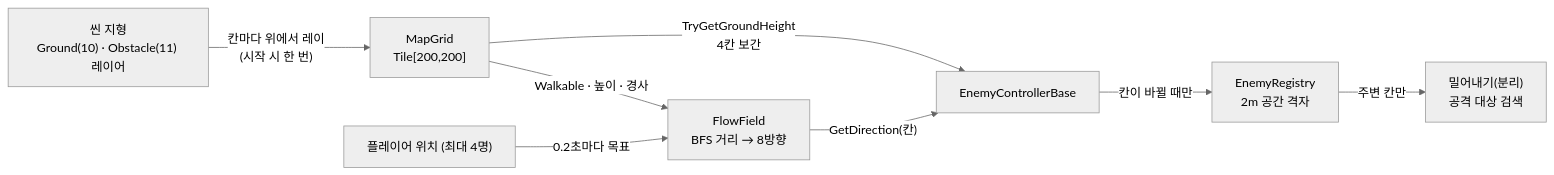
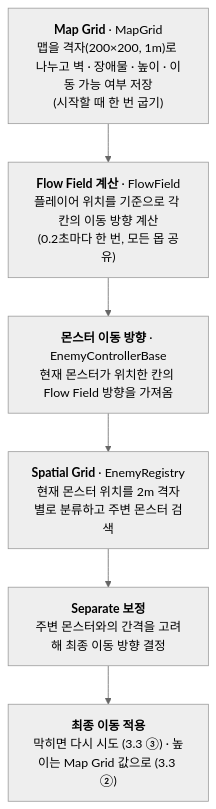
Before and after one commit to NaJungWon/portfolio: the third of 6 diagrams in src/06-project3d/기술문서.md, drawn with Mermaid (neutral theme). The commit also changed other lines of this file and 3 other files, not shown here.

````diff
--- a/src/06-project3d/기술문서.md
+++ b/src/06-project3d/기술문서.md
@@ -235,10 +237,10 @@
 ```mermaid
-flowchart LR
-    MAP["씬 지형<br/>Ground(10) · Obstacle(11) 레이어"] -->|"칸마다 위에서 레이<br/>(시작 시 한 번)"| MG["MapGrid<br/>Tile[200,200]"]
-    MG -->|"Walkable · 높이 · 경사"| FF["FlowField<br/>BFS 거리 → 8방향"]
-    P["플레이어 위치 (최대 4명)"] -->|"0.2초마다 목표"| FF
-    FF -->|"GetDirection(칸)"| EN["EnemyControllerBase"]
-    MG -->|"TryGetGroundHeight<br/>4칸 보간"| EN
-    EN -->|"칸이 바뀔 때만"| ER["EnemyRegistry<br/>2m 공간 격자"]
-    ER -->|"주변 칸만"| SEP["밀어내기(분리)<br/>공격 대상 검색"]
+flowchart TB
+    MG["<b>Map Grid</b> · MapGrid<br/>맵을 격자(200×200, 1m)로 나누고 벽 · 장애물 · 높이 · 이동 가능 여부 저장<br/>(시작할 때 한 번 굽기)"]
+    FF["<b>Flow Field 계산</b> · FlowField<br/>플레이어 위치를 기준으로 각 칸의 이동 방향 계산<br/>(0.2초마다 한 번, 모든 몹 공유)"]
+    DIR["<b>몬스터 이동 방향</b> · EnemyControllerBase<br/>현재 몬스터가 위치한 칸의 Flow Field 방향을 가져옴"]
+    SG["<b>Spatial Grid</b> · EnemyRegistry<br/>현재 몬스터 위치를 2m 격자별로 분류하고 주변 몬스터 검색"]
+    SEP["<b>Separate 보정</b><br/>주변 몬스터와의 간격을 고려해 최종 이동 방향 결정"]
+    MOVE["<b>최종 이동 적용</b><br/>막히면 다시 시도 (3.3 ③) · 높이는 Map Grid 값으로 (3.3 ②)"]
+    MG --> FF --> DIR --> SG --> SEP --> MOVE
 ```
````
